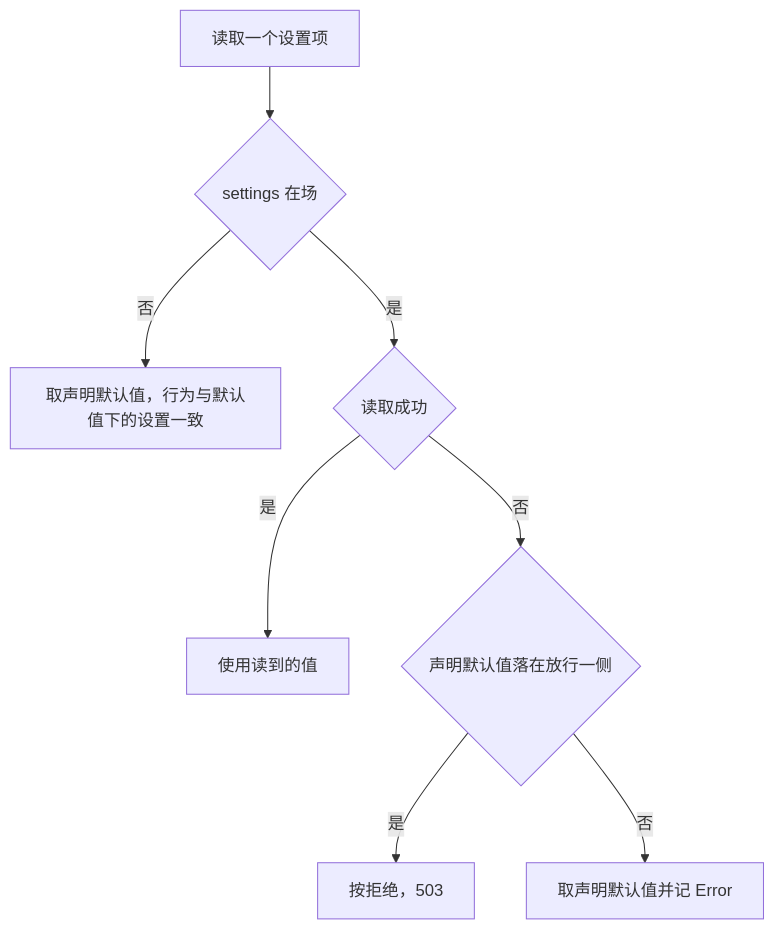
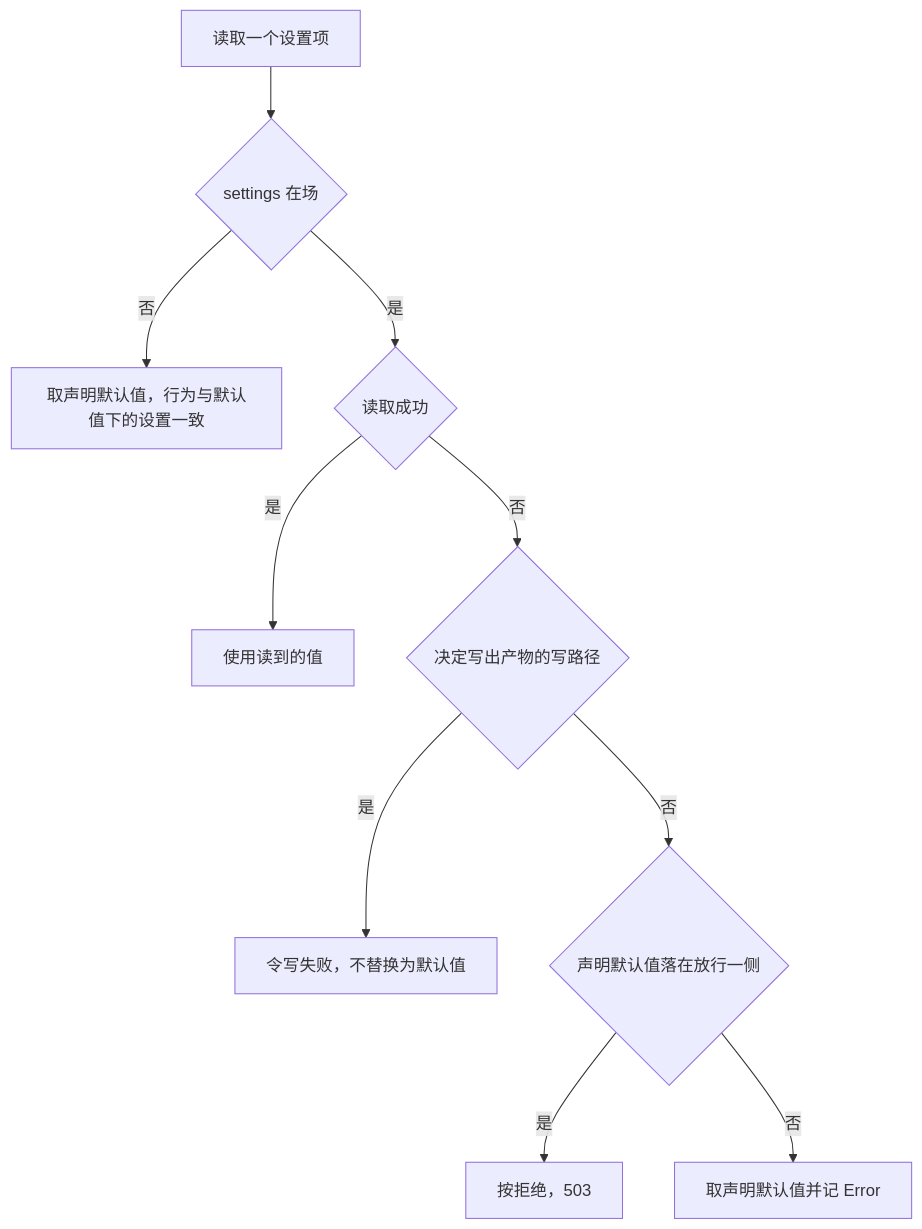
One commit to wangzw/speed changed the third of 3 diagrams in docs/design/modules/authn/design-authn-config.md. Above: the diagram before and after it, drawn with Mermaid. The commit also changed other lines of this file and 29 other files, not shown here.

````diff
--- a/docs/design/modules/authn/design-authn-config.md
+++ b/docs/design/modules/authn/design-authn-config.md
@@ -404,10 +412,12 @@
 ```mermaid
 flowchart TD
     R["读取一个设置项"] --> A{"settings 在场"}
     A -- 否 --> D["取声明默认值，行为与默认值下的设置一致"]
     A -- 是 --> E{"读取成功"}
     E -- 是 --> V["使用读到的值"]
-    E -- 否 --> K{"声明默认值落在放行一侧"}
+    E -- 否 --> W{"决定写出产物的写路径"}
+    W -- 是 --> XW["令写失败，不替换为默认值"]
+    W -- 否 --> K{"声明默认值落在放行一侧"}
     K -- 是 --> X["按拒绝，503"]
     K -- 否 --> F["取声明默认值并记 Error"]
 ```
````
